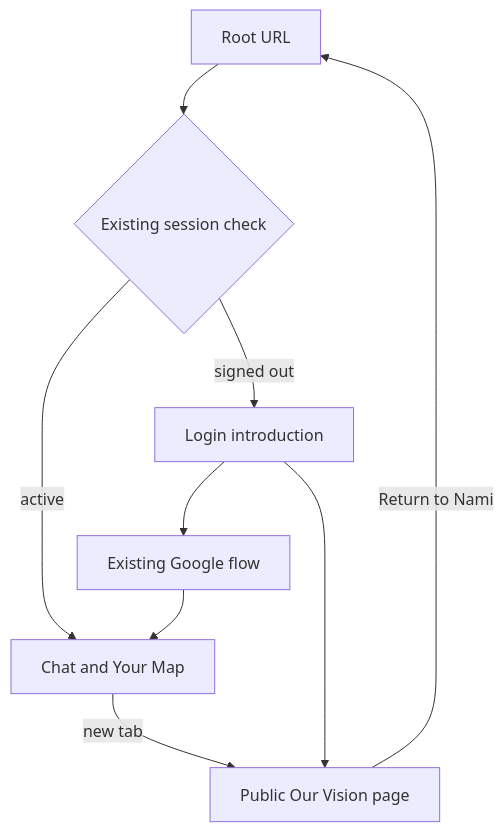
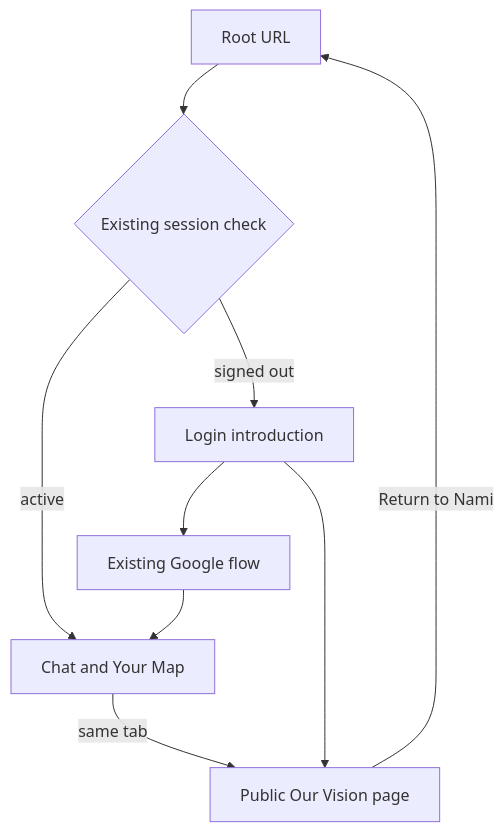
One commit to andres-monge/ikigai changed the first of 2 diagrams in docs/plans/2026-10-31-1300-feat-nami-public-entry-plan.md. Above: the diagram before and after it, drawn with Mermaid. The commit also changed other lines of this file and 9 other files, not shown here.

````diff
--- a/docs/plans/2026-10-31-1300-feat-nami-public-entry-plan.md
+++ b/docs/plans/2026-10-31-1300-feat-nami-public-entry-plan.md
@@ -115,11 +117,11 @@
 ```mermaid
 flowchart TD
   Root[Root URL] --> Session{Existing session check}
   Session -->|active| App[Chat and Your Map]
   Session -->|signed out| Landing[Login introduction]
   Landing --> Google[Existing Google flow]
   Google --> App
   Landing --> Vision[Public Our Vision page]
-  App -->|new tab| Vision
+  App -->|same tab| Vision
   Vision -->|Return to Nami| Root
 ```
````
